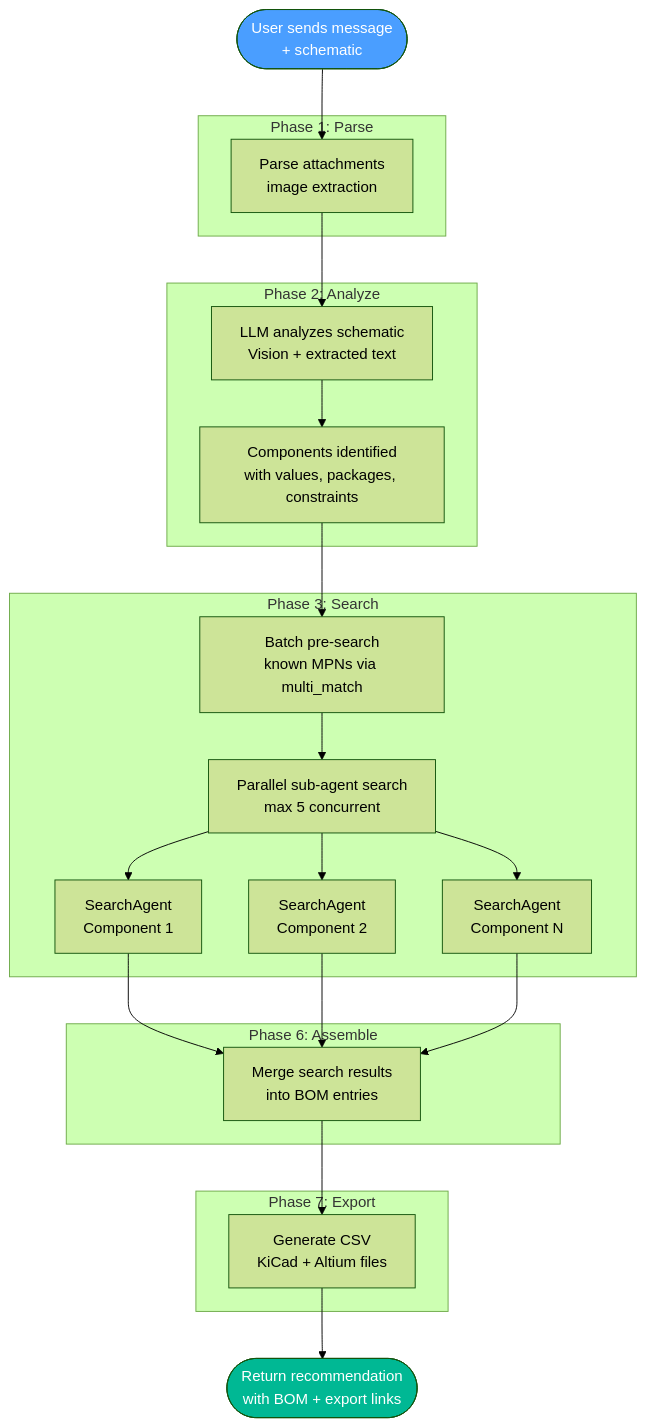
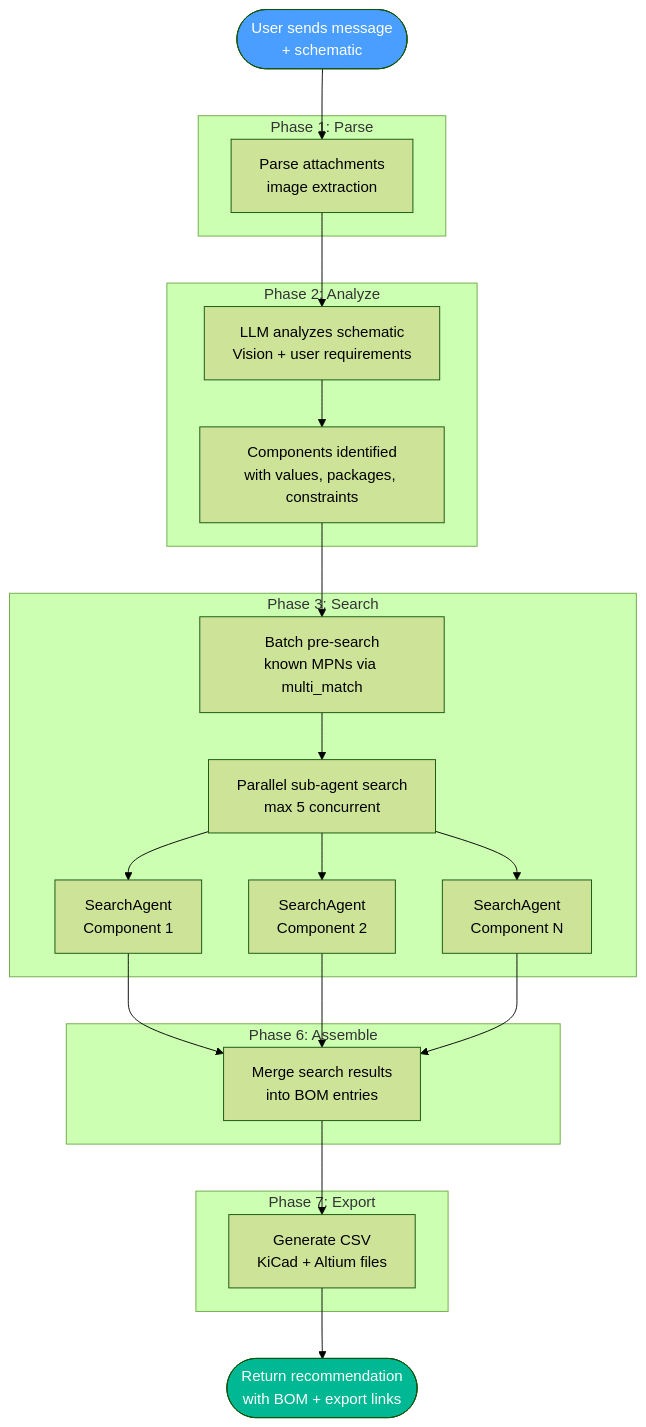
Before and after one commit to MrFishPL/zane: the second of 5 diagrams in README.md, drawn with Mermaid (forest theme). The commit also changed other lines of this file and 1 other file, not shown here.

First line of the commit message:
docs: fix diagrams to reflect PDF removal and correct env var categories

````diff
--- a/README.md
+++ b/README.md
@@ -96,42 +96,42 @@
 ```mermaid
 flowchart TD
     START([User sends message<br/>+ schematic]) --> P1
 
     subgraph Phase 1: Parse
         P1[Parse attachments<br/>image extraction]
     end
 
     P1 --> P2
 
     subgraph Phase 2: Analyze
-        P2[LLM analyzes schematic<br/>Vision + extracted text]
+        P2[LLM analyzes schematic<br/>Vision + user requirements]
         P2 --> COMP[Components identified<br/>with values, packages, constraints]
     end
 
     COMP --> P3
 
     subgraph Phase 3: Search
         P3[Batch pre-search<br/>known MPNs via multi_match]
         P3 --> PAR[Parallel sub-agent search<br/>max 5 concurrent]
         PAR --> SA1[SearchAgent<br/>Component 1]
         PAR --> SA2[SearchAgent<br/>Component 2]
         PAR --> SAN[SearchAgent<br/>Component N]
     end
 
     SA1 & SA2 & SAN --> P6
 
     subgraph Phase 6: Assemble
         P6[Merge search results<br/>into BOM entries]
     end
 
     P6 --> P7
 
     subgraph Phase 7: Export
         P7[Generate CSV<br/>KiCad + Altium files]
     end
 
     P7 --> RESULT([Return recommendation<br/>with BOM + export links])
 
     style START fill:#4a9eff,color:#fff
     style RESULT fill:#00b894,color:#fff
 ```
````
